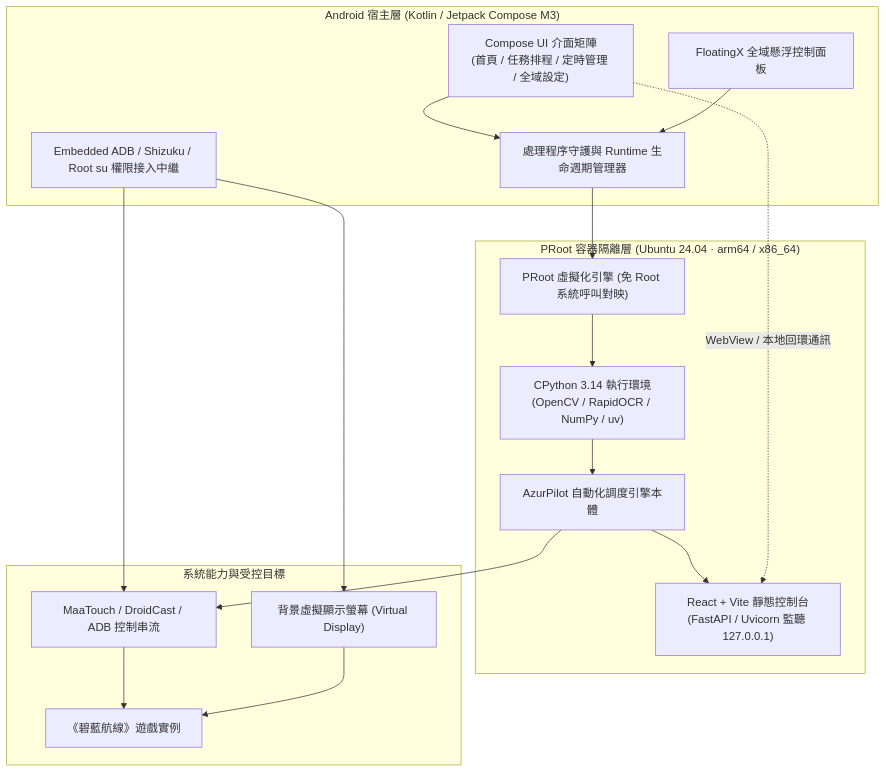
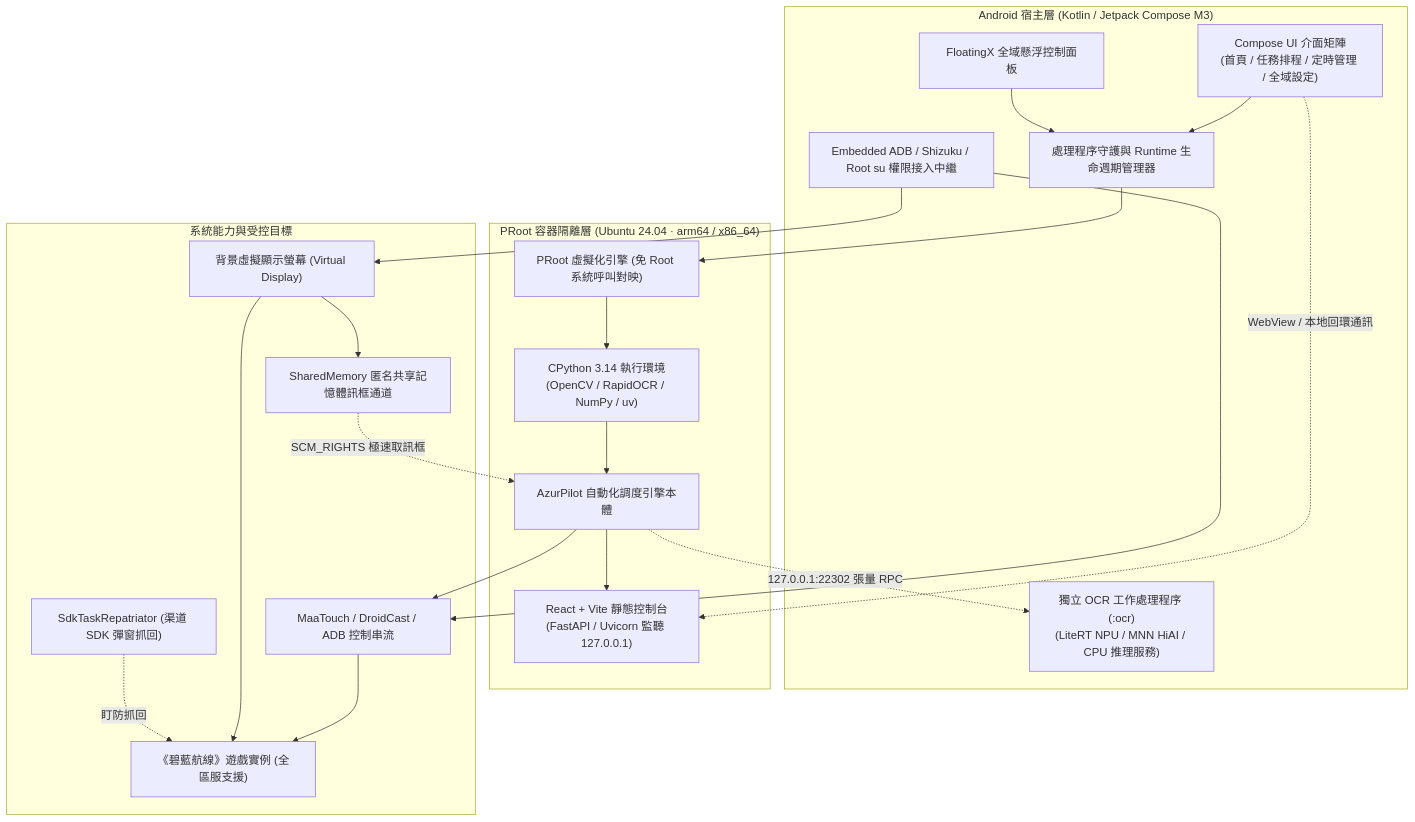
Before and after one commit to 58383050/AzurPilot-for-Android: the diagram in README_zh-TW.md, drawn with Mermaid. The commit also changed other lines of this file and 3 other files, not shown here.

````diff
--- a/README_zh-TW.md
+++ b/README_zh-TW.md
@@ -306,35 +352,42 @@
 ```mermaid
 graph TD
     subgraph AndroidHost ["Android 宿主層 (Kotlin / Jetpack Compose M3)"]
         UI["Compose UI 介面矩陣\n(首頁 / 任務排程 / 定時管理 / 全域設定)"]
         Overlay["FloatingX 全域懸浮控制面板"]
         Lifecycle["處理程序守護與 Runtime 生命週期管理器"]
         Bridge["Embedded ADB / Shizuku / Root su 權限接入中繼"]
+        OCRWorker["獨立 OCR 工作處理程序 (:ocr)\n(LiteRT NPU / MNN HiAI / CPU 推理服務)"]
     end
 
     subgraph Container ["PRoot 容器隔離層 (Ubuntu 24.04 · arm64 / x86_64)"]
         PROOT["PRoot 虛擬化引擎 (免 Root 系統呼叫對映)"]
         ENV["CPython 3.14 執行環境\n(OpenCV / RapidOCR / NumPy / uv)"]
         CORE["AzurPilot 自動化調度引擎本體"]
         WEB["React + Vite 靜態控制台\n(FastAPI / Uvicorn 監聽 127.0.0.1)"]
     end
 
     subgraph DeviceTarget ["系統能力與受控目標"]
         VDisplay["背景虛擬顯示螢幕 (Virtual Display)"]
+        Repatriator["SdkTaskRepatriator (渠道 SDK 彈窗抓回)"]
         InputService["MaaTouch / DroidCast / ADB 控制串流"]
-        GameApp["《碧藍航線》遊戲實例"]
+        ShmChannel["SharedMemory 匿名共享記憶體訊框通道"]
+        GameApp["《碧藍航線》遊戲實例 (全區服支援)"]
     end
 
     UI --> Lifecycle
     Overlay --> Lifecycle
     Lifecycle --> PROOT
     PROOT --> ENV
     ENV --> CORE
     CORE --> WEB
     UI -. "WebView / 本地回環通訊" .-> WEB
     Bridge --> InputService
     Bridge --> VDisplay
     InputService --> GameApp
     VDisplay --> GameApp
+    Repatriator -. "盯防抓回" .-> GameApp
     CORE --> InputService
+    VDisplay --> ShmChannel
+    ShmChannel -. "SCM_RIGHTS 極速取訊框" .-> CORE
+    CORE -. "127.0.0.1:22302 張量 RPC" .-> OCRWorker
 ```
````
